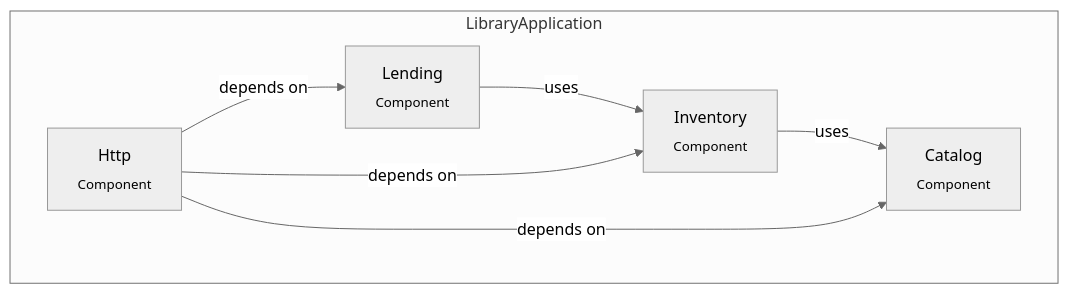
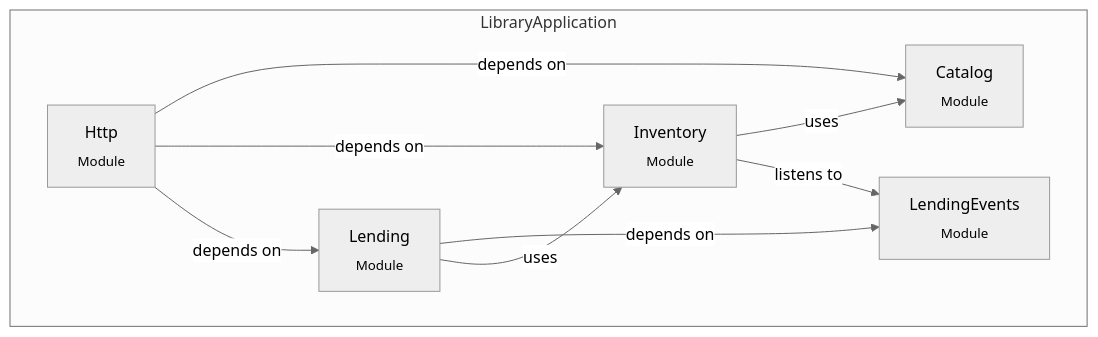
The second of 2 diagrams in README.md (JamesMcMahon/spring-boot-demo-modulith), drawn with Mermaid (neutral theme) before and after one commit. The commit also changed 9 other files, not shown here.

Commit message:
Use an event for return copy flow

````diff
--- a/README.md
+++ b/README.md
@@ -77,16 +77,19 @@
 ```mermaid
 graph TD
   subgraph LibraryApplication
-    catalog[Catalog<br><sub>Component</sub>]
-    inventory[Inventory<br><sub>Component</sub>]
-    lending[Lending<br><sub>Component</sub>]
-    http[Http<br><sub>Component</sub>]
+    catalog[Catalog<br><sub>Module</sub>]
+    lendingEvents[LendingEvents<br><sub>Module</sub>]
+    inventory[Inventory<br><sub>Module</sub>]
+    lending[Lending<br><sub>Module</sub>]
+    http[Http<br><sub>Module</sub>]
   end
 
 %% Relationships
   inventory -->|uses| catalog
+  inventory -->|listens to| lendingEvents
+  lending -->|depends on| lendingEvents
   lending -->|uses| inventory
   http -->|depends on| catalog
   http -->|depends on| inventory
   http -->|depends on| lending
 ```
````
